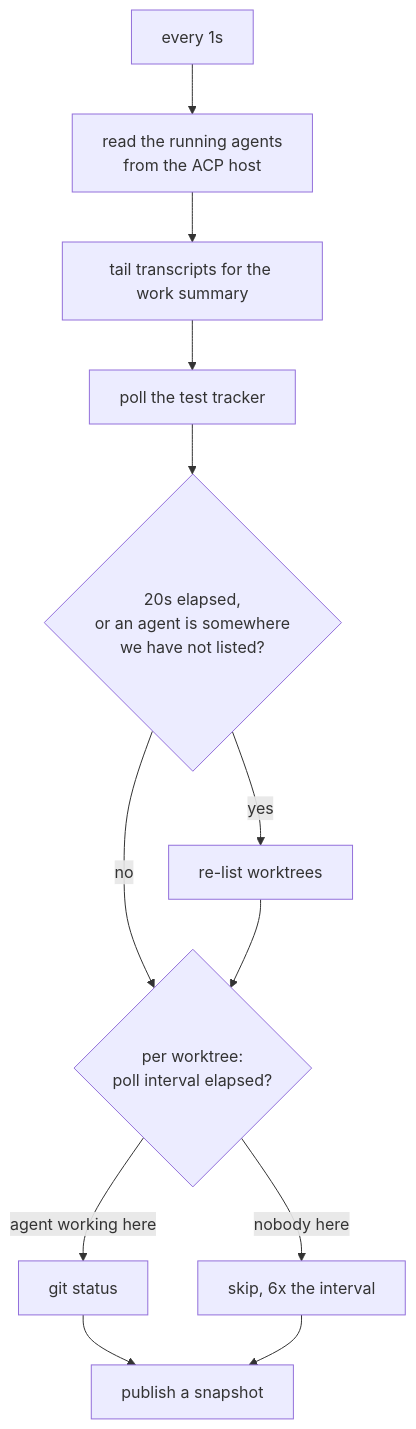
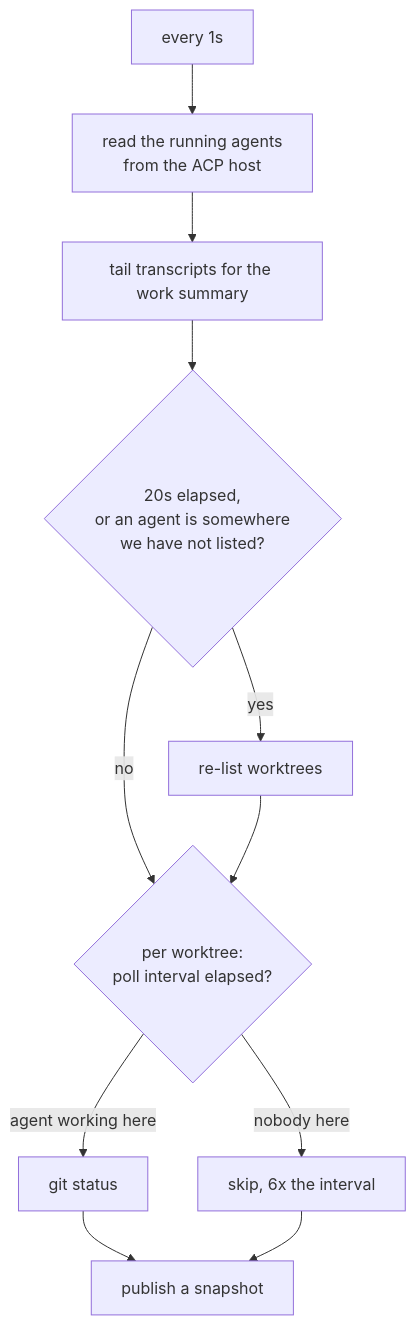
One commit to BradenTerry/Tog changed the second of 2 diagrams in README.md. Above: the diagram before and after it, drawn with Mermaid. The commit also changed other lines of this file and 108 other files, not shown here.

````diff
--- a/README.md
+++ b/README.md
@@ -108,14 +106,13 @@
 ```mermaid
 flowchart TD
   T["every 1s"] --> A["read the running agents<br/>from the ACP host"]
   A --> B["tail transcripts for the work summary"]
-  B --> C["poll the test tracker"]
-  C --> D{"20s elapsed,<br/>or an agent is somewhere<br/>we have not listed?"}
+  B --> D{"20s elapsed,<br/>or an agent is somewhere<br/>we have not listed?"}
   D -->|yes| E["re-list worktrees"]
   D -->|no| F
   E --> F{"per worktree:<br/>poll interval elapsed?"}
   F -->|"agent working here"| G["git status"]
   F -->|"nobody here"| H["skip, 6x the interval"]
   G --> I[publish a snapshot]
   H --> I
 ```
````
